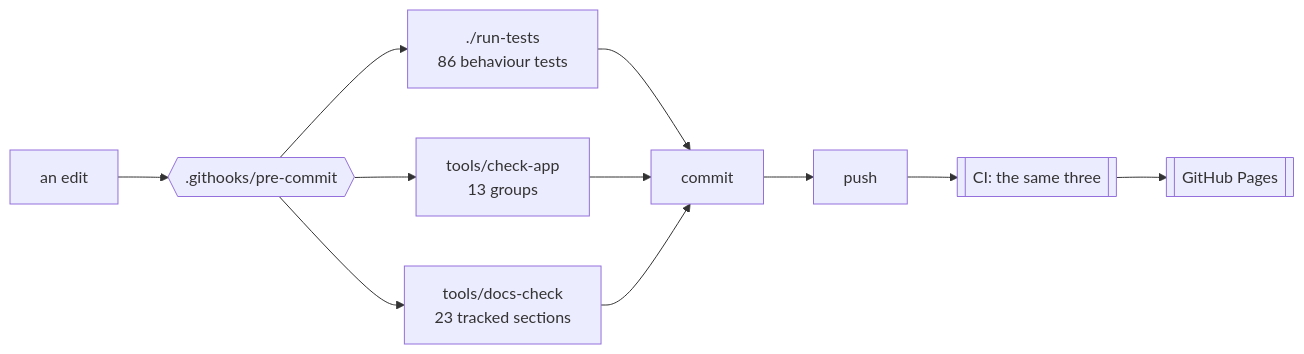
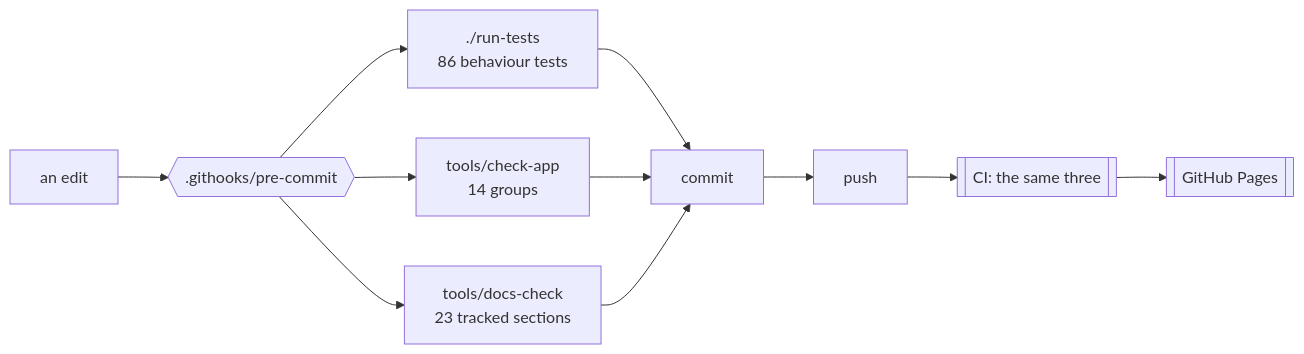
Before and after one commit to minormending/crystal-pilot-mobile: the diagram in docs/DEVELOPING.md, drawn with Mermaid. The commit also changed other lines of this file and 4 other files, not shown here.

````diff
--- a/docs/DEVELOPING.md
+++ b/docs/DEVELOPING.md
@@ -15,12 +15,12 @@
 ```mermaid
 flowchart LR
     E[an edit] --> H{{".githooks/pre-commit"}}
     H --> T["./run-tests<br/>86 behaviour tests"]
-    H --> C["tools/check-app<br/>13 groups"]
+    H --> C["tools/check-app<br/>14 groups"]
     H --> D["tools/docs-check<br/>23 tracked sections"]
     T --> OK[commit]
     C --> OK
     D --> OK
     OK --> P[push] --> CI[["CI: the same three"]]
     CI --> PG[[GitHub Pages]]
 ```
````
